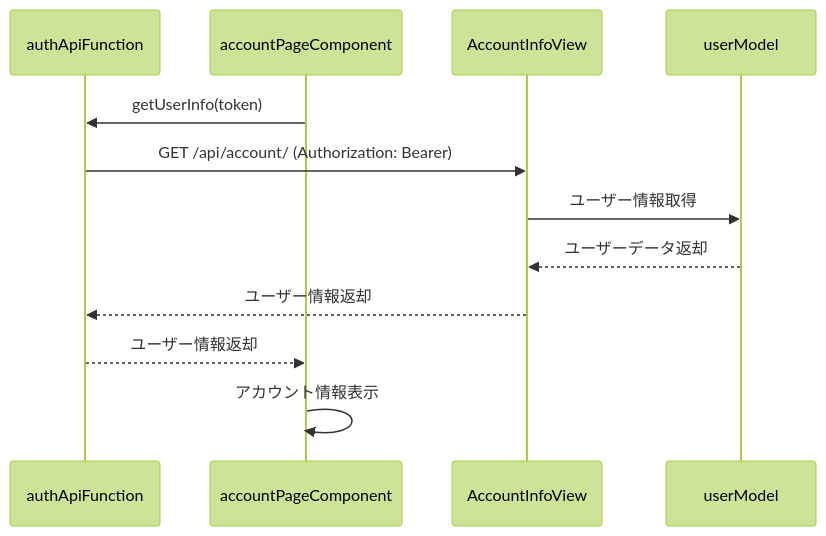
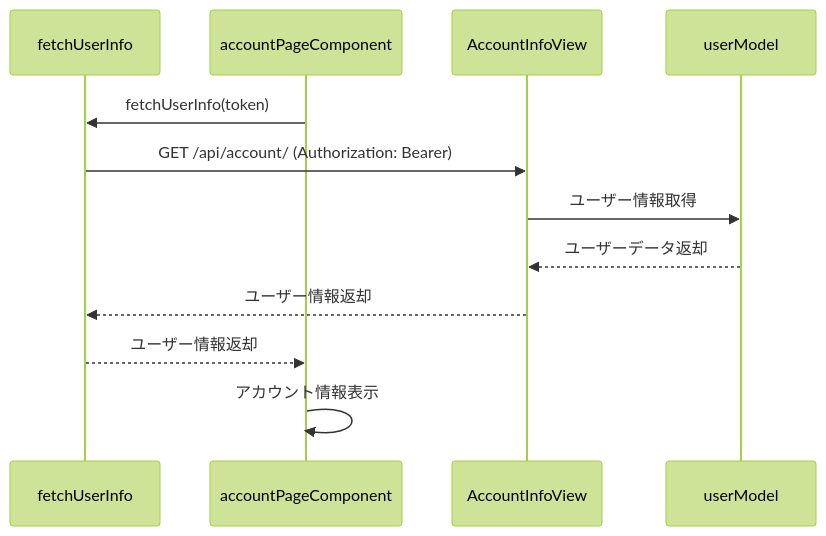
One commit to Saaka-y/korup changed the second of 2 diagrams in docs/account/sequence.md. Above: the diagram before and after it, drawn with Mermaid (forest theme). The commit also changed 13 other files, not shown here.

Commit message:
accountページからAPI経由でユーザー情報取得、ユーザー情報のグローバル・localStorage保存 - fetchUserInfoでユーザー情報取得 - loginUserで認証・トークン取得 - 設計図・型・import等も新名称に統一 - userStoreのpersist対応

````diff
--- a/docs/account/sequence.md
+++ b/docs/account/sequence.md
@@ -17,14 +17,14 @@
 ```mermaid
 sequenceDiagram
-    participant af as authApiFunction
+    participant fu as fetchUserInfo
     participant ap as accountPageComponent
     participant aiv as AccountInfoView
     participant um as userModel
-    ap->>af: getUserInfo(token)
-    af->>aiv: GET /api/account/ (Authorization: Bearer)
+    ap->>fu: fetchUserInfo(token)
+    fu->>aiv: GET /api/account/ (Authorization: Bearer)
     aiv->>um: ユーザー情報取得
     um-->>aiv: ユーザーデータ返却
-    aiv-->>af: ユーザー情報返却
-    af-->>ap: ユーザー情報返却
+    aiv-->>fu: ユーザー情報返却
+    fu-->>ap: ユーザー情報返却
     ap->>ap: アカウント情報表示
 ```
````
